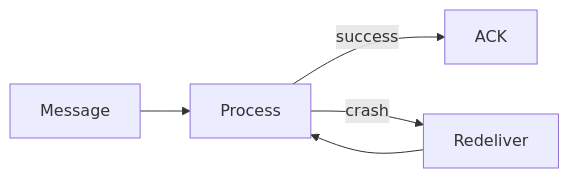
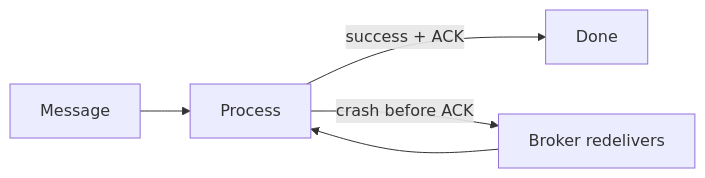
Before and after one commit to hareramcse/SystemDesign: diagram 14 of 24 in 06-messaging-and-events/README.md, drawn with Mermaid. The commit also changed other lines of this file and 8 other files, not shown here.

````diff
--- a/06-messaging-and-events/README.md
+++ b/06-messaging-and-events/README.md
@@ -748,7 +814,7 @@
 ```mermaid
 flowchart LR
     M[Message] --> Process[Process]
-    Process -->|success| ACK[ACK]
-    Process -->|crash| Redeliver[Redeliver]
+    Process -->|success + ACK| Done[Done]
+    Process -->|crash before ACK| Redeliver[Broker redelivers]
     Redeliver --> Process
 ```
````
